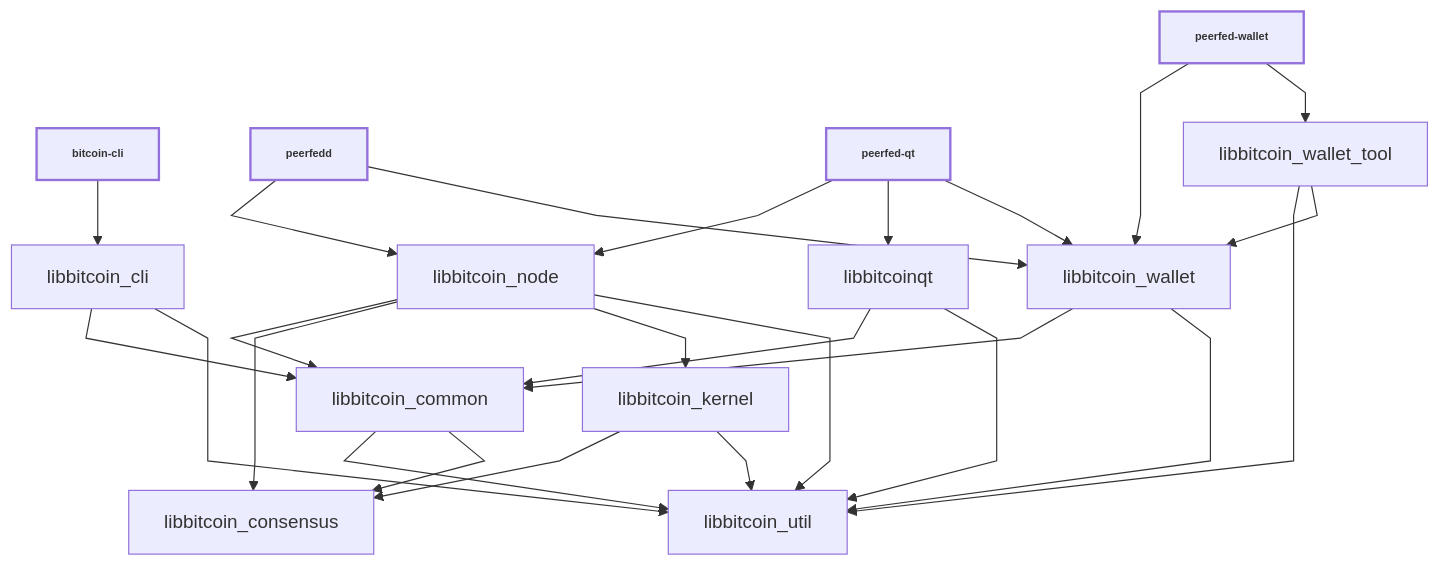
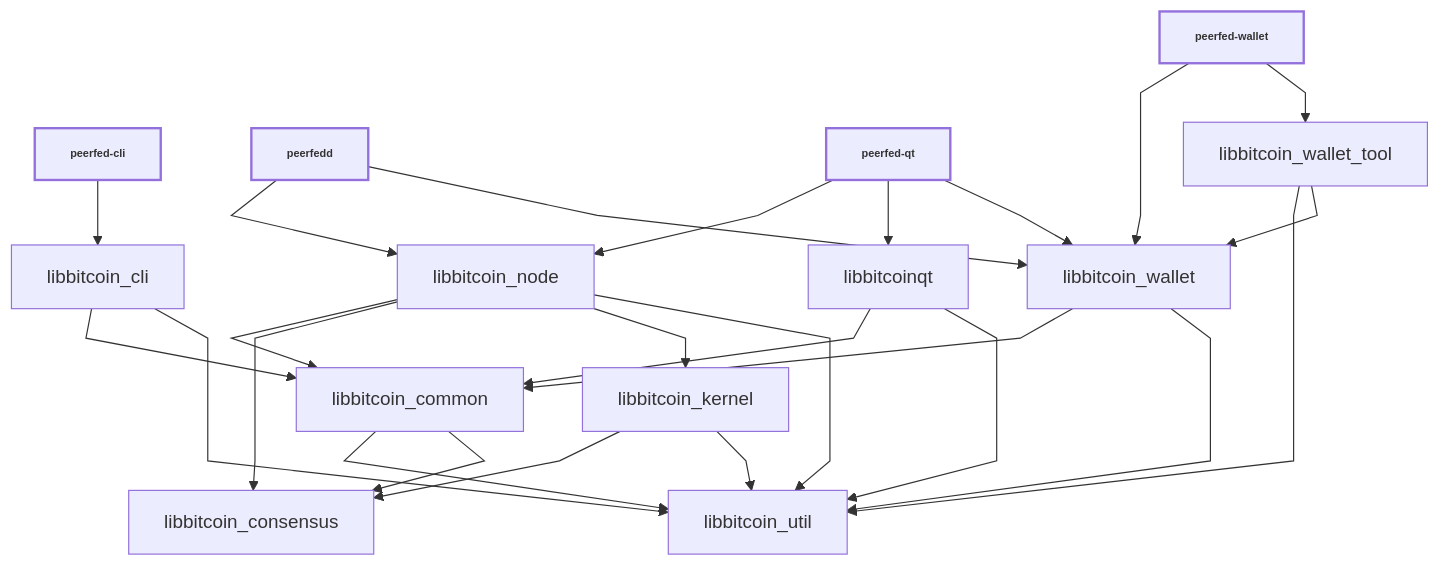
Before and after one commit to joshdoman/peerfed: the diagram in doc/design/libraries.md, drawn with Mermaid. The commit also changed other lines of this file and 53 other files, not shown here.

````diff
--- a/doc/design/libraries.md
+++ b/doc/design/libraries.md
@@ -36,44 +36,44 @@
 ```mermaid
 
 %%{ init : { "flowchart" : { "curve" : "linear" }}}%%
 
 graph TD;
 
-bitcoin-cli[bitcoin-cli]-->libbitcoin_cli;
+peerfed-cli[peerfed-cli]-->libbitcoin_cli;
 
 peerfedd[peerfedd]-->libbitcoin_node;
 peerfedd[peerfedd]-->libbitcoin_wallet;
 
 peerfed-qt[peerfed-qt]-->libbitcoin_node;
 peerfed-qt[peerfed-qt]-->libbitcoinqt;
 peerfed-qt[peerfed-qt]-->libbitcoin_wallet;
 
 peerfed-wallet[peerfed-wallet]-->libbitcoin_wallet;
 peerfed-wallet[peerfed-wallet]-->libbitcoin_wallet_tool;
 
 libbitcoin_cli-->libbitcoin_common;
 libbitcoin_cli-->libbitcoin_util;
 
 libbitcoin_common-->libbitcoin_util;
 libbitcoin_common-->libbitcoin_consensus;
 
 libbitcoin_kernel-->libbitcoin_consensus;
 libbitcoin_kernel-->libbitcoin_util;
 
 libbitcoin_node-->libbitcoin_common;
 libbitcoin_node-->libbitcoin_consensus;
 libbitcoin_node-->libbitcoin_kernel;
 libbitcoin_node-->libbitcoin_util;
 
 libbitcoinqt-->libbitcoin_common;
 libbitcoinqt-->libbitcoin_util;
 
 libbitcoin_wallet-->libbitcoin_common;
 libbitcoin_wallet-->libbitcoin_util;
 
 libbitcoin_wallet_tool-->libbitcoin_util;
 libbitcoin_wallet_tool-->libbitcoin_wallet;
 
 classDef bold stroke-width:2px, font-weight:bold, font-size: smaller;
-class peerfed-qt,peerfedd,bitcoin-cli,peerfed-wallet bold
+class peerfed-qt,peerfedd,peerfed-cli,peerfed-wallet bold
 ```
````
